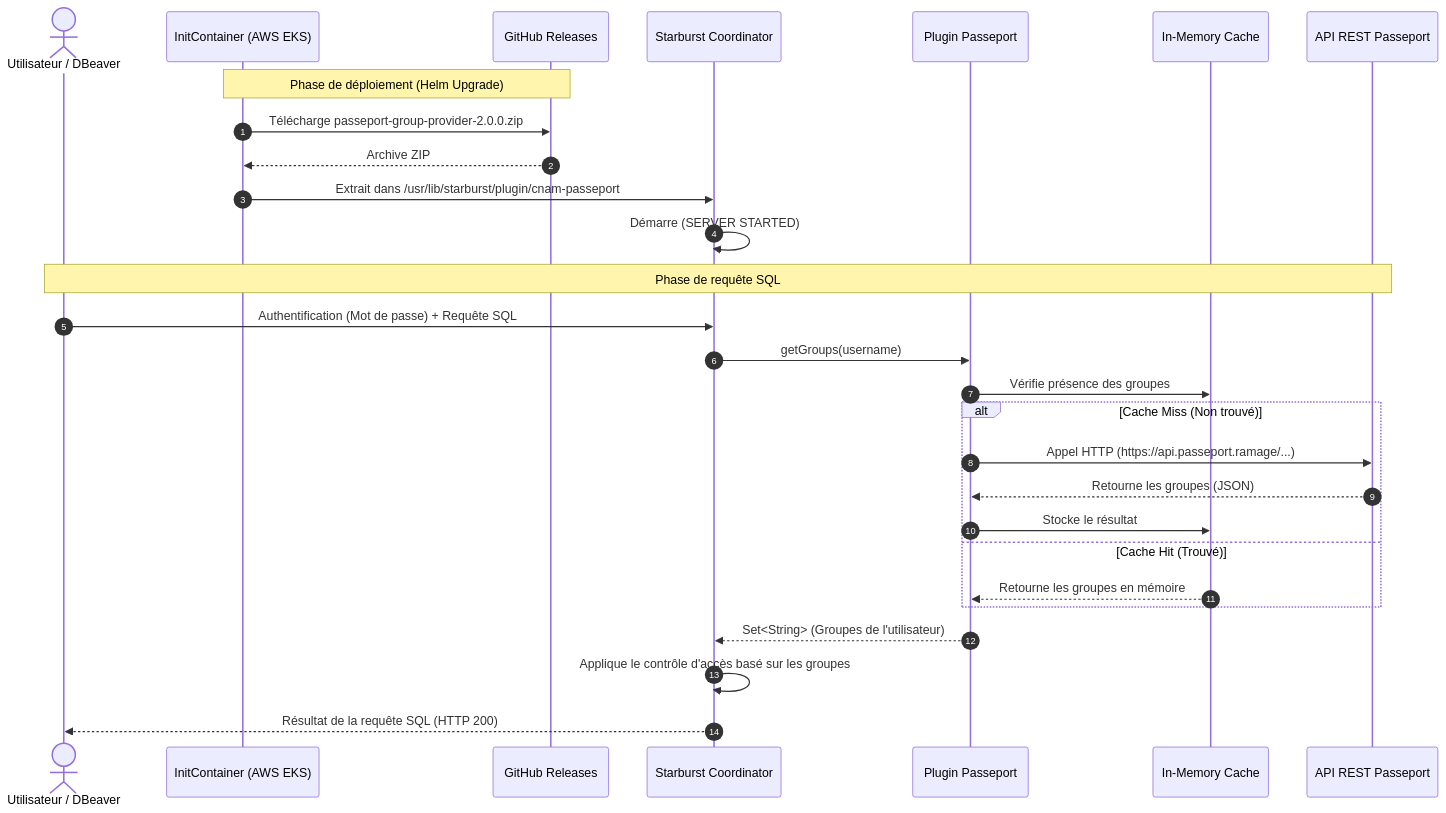
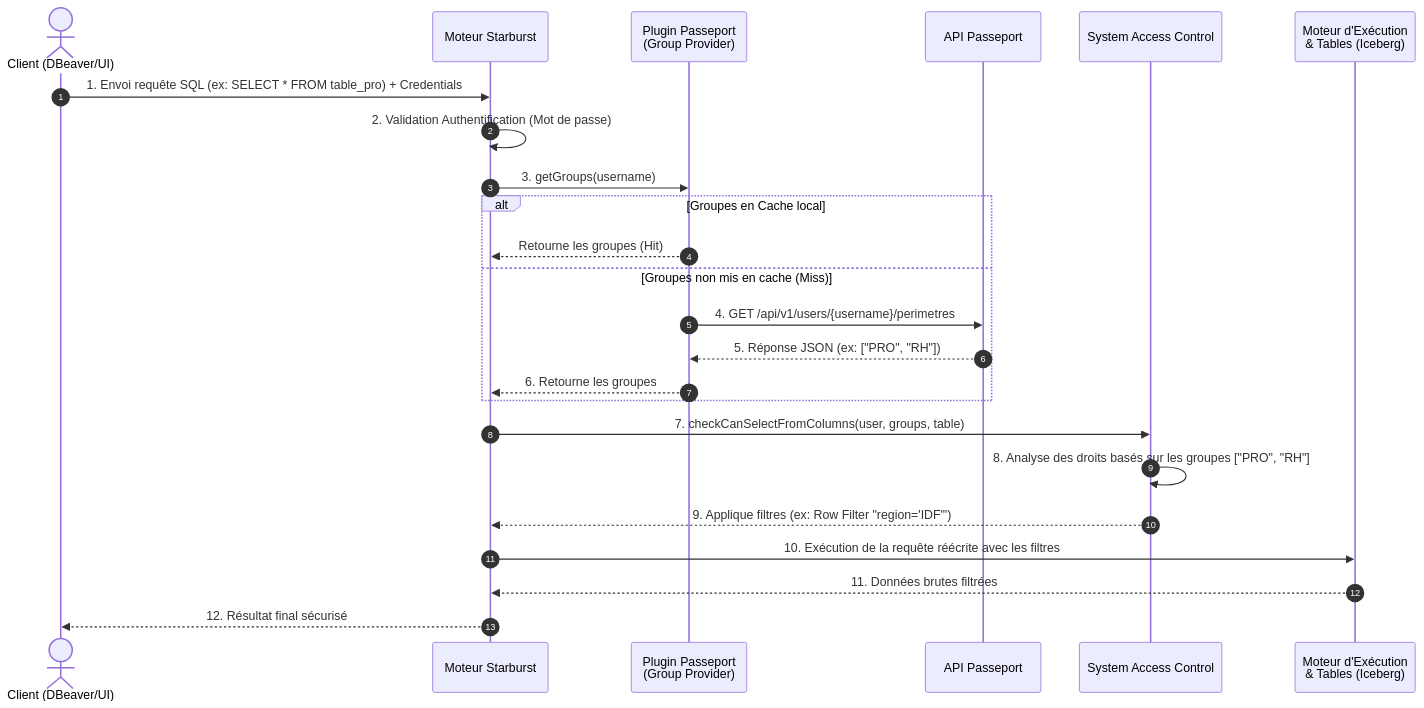
The second of 2 diagrams in ARCHITECTURE.md (pgasp/starburst-cnam-passeport), drawn with Mermaid before and after one commit. The commit also changed other lines of this file, not shown here.

Commit message:
docs: focus sequence diagram on runtime query execution and table filtering

````diff
--- a/ARCHITECTURE.md
+++ b/ARCHITECTURE.md
@@ -33,34 +33,31 @@
 ```mermaid
 sequenceDiagram
     autonumber
-    actor User as Utilisateur / DBeaver
-    participant EKS as InitContainer (AWS EKS)
-    participant GitHub as GitHub Releases
-    participant SEP as Starburst Coordinator
-    participant Plugin as Plugin Passeport
-    participant Cache as In-Memory Cache
-    participant API as API REST Passeport
+    actor User as Client (DBeaver/UI)
+    participant SEP as Moteur Starburst
+    participant PGP as Plugin Passeport<br>(Group Provider)
+    participant API as API Passeport
+    participant SAC as System Access Control
+    participant Engine as Moteur d'Exécution<br>& Tables (Iceberg)
 
-    Note over EKS, GitHub: Phase de déploiement (Helm Upgrade)
-    EKS->>GitHub: Télécharge passeport-group-provider-2.0.0.zip
-    GitHub-->>EKS: Archive ZIP
-    EKS->>SEP: Extrait dans /usr/lib/starburst/plugin/cnam-passeport
-    SEP->>SEP: Démarre (SERVER STARTED)
-
-    Note over User, API: Phase de requête SQL
-    User->>SEP: Authentification (Mot de passe) + Requête SQL
-    SEP->>Plugin: getGroups(username)
-    Plugin->>Cache: Vérifie présence des groupes
+    User->>SEP: 1. Envoi requête SQL (ex: SELECT * FROM table_pro) + Credentials
+    SEP->>SEP: 2. Validation Authentification (Mot de passe)
     
-    alt Cache Miss (Non trouvé)
-        Plugin->>API: Appel HTTP (https://api.passeport.ramage/...)
-        API-->>Plugin: Retourne les groupes (JSON)
-        Plugin->>Cache: Stocke le résultat
-    else Cache Hit (Trouvé)
-        Cache-->>Plugin: Retourne les groupes en mémoire
+    SEP->>PGP: 3. getGroups(username)
+    
+    alt Groupes en Cache local
+        PGP-->>SEP: Retourne les groupes (Hit)
+    else Groupes non mis en cache (Miss)
+        PGP->>API: 4. GET /api/v1/users/{username}/perimetres
+        API-->>PGP: 5. Réponse JSON (ex: ["PRO", "RH"])
+        PGP-->>SEP: 6. Retourne les groupes
     end
     
-    Plugin-->>SEP: Set<String> (Groupes de l'utilisateur)
-    SEP->>SEP: Applique le contrôle d'accès basé sur les groupes
-    SEP-->>User: Résultat de la requête SQL (HTTP 200)
+    SEP->>SAC: 7. checkCanSelectFromColumns(user, groups, table)
+    SAC->>SAC: 8. Analyse des droits basés sur les groupes ["PRO", "RH"]
+    SAC-->>SEP: 9. Applique filtres (ex: Row Filter "region='IDF'")
+    
+    SEP->>Engine: 10. Exécution de la requête réécrite avec les filtres
+    Engine-->>SEP: 11. Données brutes filtrées
+    SEP-->>User: 12. Résultat final sécurisé
 ```
````
